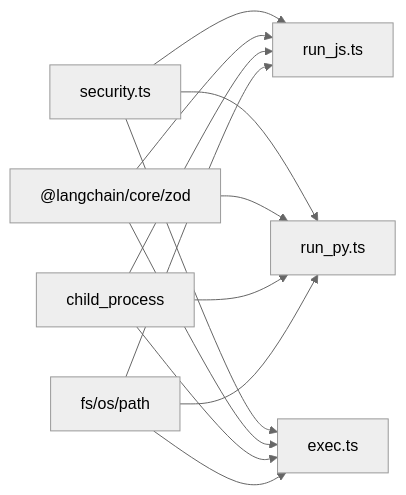
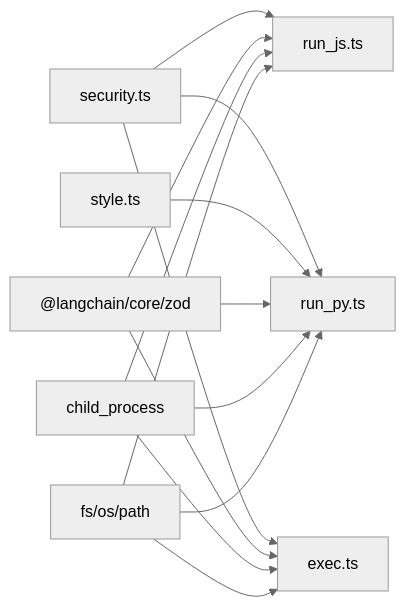
One commit to HAOFUYANG/onion-code changed the sixth of 6 diagrams in .qoder/repowiki/zh/content/工具系统/代码执行工具.md. Above: the diagram before and after it, drawn with Mermaid (neutral theme). The commit also changed other lines of this file and 12 other files, not shown here.

````diff
--- a/.qoder/repowiki/zh/content/工具系统/代码执行工具.md
+++ b/.qoder/repowiki/zh/content/工具系统/代码执行工具.md
@@ -319,15 +348,16 @@
 ```mermaid
 graph LR
 SEC["security.ts"] --> RUNJS["run_js.ts"]
 SEC --> RUNPY["run_py.ts"]
 SEC --> EXEC["exec.ts"]
+STYLE["style.ts"] --> RUNPY
 ZOD["@langchain/core/zod"] --> RUNJS
 ZOD --> RUNPY
 ZOD --> EXEC
 CP["child_process"] --> RUNJS
 CP --> RUNPY
 CP --> EXEC
 FS["fs/os/path"] --> RUNJS
 FS --> RUNPY
 FS --> EXEC
 ```
````
